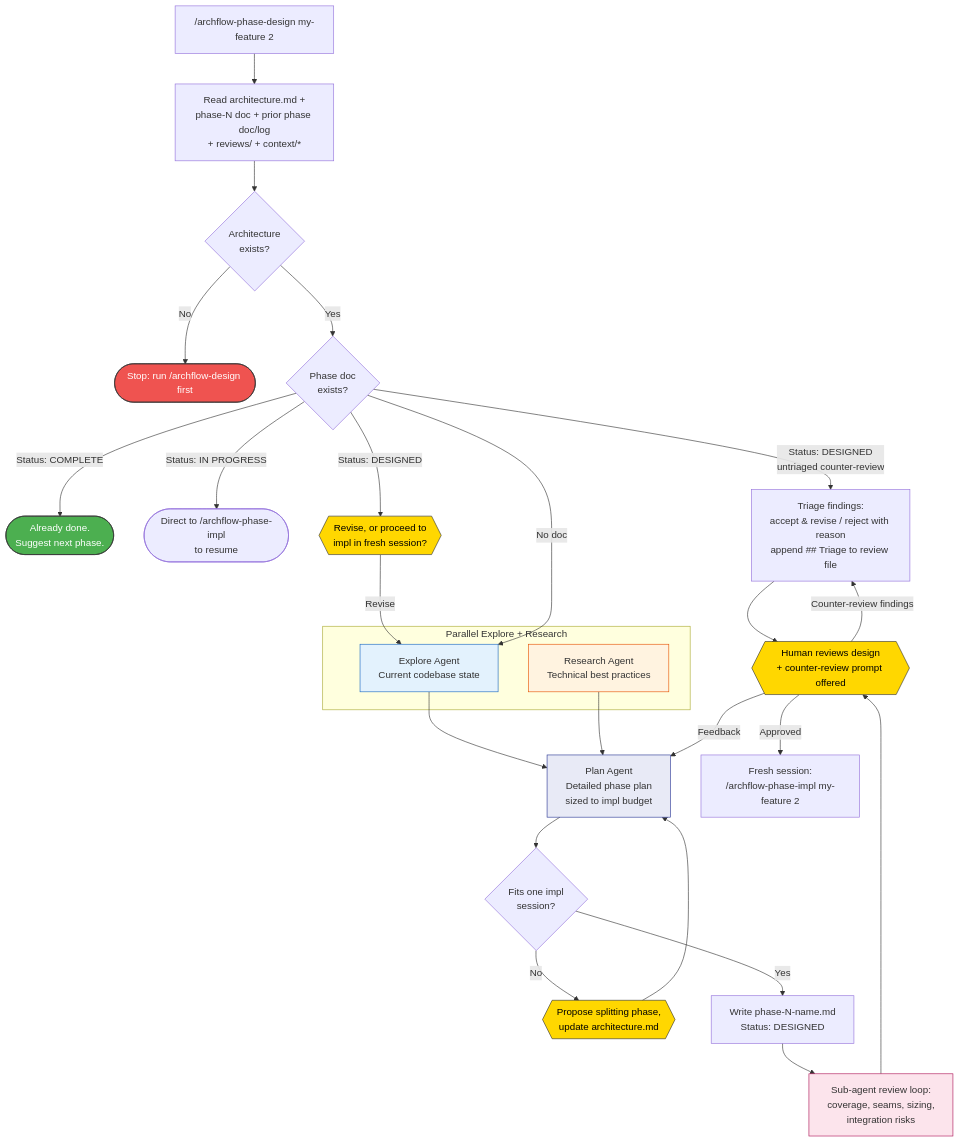
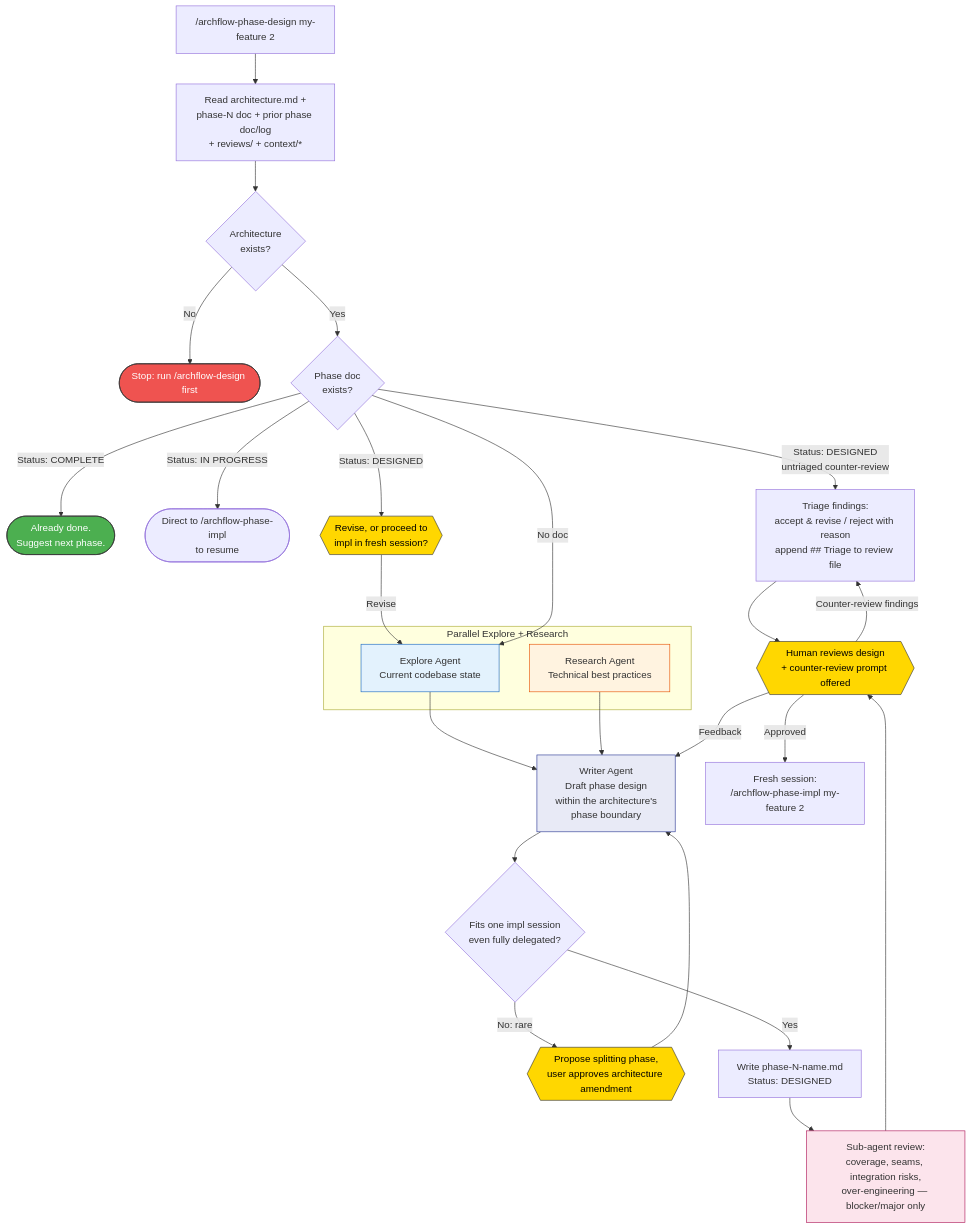
One commit to Aroton/ArchflowV2 changed the seventh of 13 diagrams in docs/archflow-process.md. Above: the diagram before and after it, drawn with Mermaid. The commit also changed other lines of this file and 8 other files, not shown here.

````diff
--- a/docs/archflow-process.md
+++ b/docs/archflow-process.md
@@ -263,44 +267,44 @@
 ```mermaid
 flowchart TD
     PD0["/archflow-phase-design my-feature 2"] --> PD_read[Read architecture.md +<br/>phase-N doc + prior phase doc/log<br/>+ reviews/ + context/*]
     PD_read --> PD_check{Architecture<br/>exists?}
     PD_check -->|No| PD_stop([Stop: run /archflow-design first])
     PD_check -->|Yes| PD1{Phase doc<br/>exists?}
 
     PD1 -->|"Status: COMPLETE"| PD_done([Already done.<br/>Suggest next phase.])
     PD1 -->|"Status: IN PROGRESS"| PD_redirect([Direct to /archflow-phase-impl<br/>to resume])
     PD1 -->|"Status: DESIGNED<br/>untriaged counter-review"| PD_triage
     PD1 -->|"Status: DESIGNED"| PD_ask{{Revise, or proceed to<br/>impl in fresh session?}}
     PD_ask -->|Revise| PD2
     PD1 -->|No doc| PD2
 
     subgraph "Parallel Explore + Research"
         PD2[Explore Agent<br/>Current codebase state]
         PD3[Research Agent<br/>Technical best practices]
     end
 
     PD2 --> PD4
     PD3 --> PD4
 
-    PD4[Plan Agent<br/>Detailed phase plan<br/>sized to impl budget] --> PD_size{Fits one impl<br/>session?}
-    PD_size -->|No| PD_split{{Propose splitting phase,<br/>update architecture.md}}
+    PD4[Writer Agent<br/>Draft phase design<br/>within the architecture's<br/>phase boundary] --> PD_size{Fits one impl session<br/>even fully delegated?}
+    PD_size -->|No: rare| PD_split{{Propose splitting phase,<br/>user approves architecture amendment}}
     PD_split --> PD4
     PD_size -->|Yes| PD5[Write phase-N-name.md<br/>Status: DESIGNED]
 
-    PD5 --> PD5a[Sub-agent review loop:<br/>coverage, seams, sizing,<br/>integration risks]
+    PD5 --> PD5a[Sub-agent review:<br/>coverage, seams, integration risks,<br/>over-engineering — blocker/major only]
     PD5a --> PD6{{Human reviews design<br/>+ counter-review prompt offered}}
     PD6 -->|Feedback| PD4
     PD6 -->|Counter-review findings| PD_triage[Triage findings:<br/>accept & revise / reject with reason<br/>append ## Triage to review file]
     PD_triage --> PD6
     PD6 -->|Approved| PD_next["Fresh session:<br/>/archflow-phase-impl my-feature 2"]
 
     style PD2 fill:#e3f2fd,stroke:#1565c0
     style PD3 fill:#fff3e0,stroke:#e65100
     style PD4 fill:#e8eaf6,stroke:#283593
     style PD5a fill:#fce4ec,stroke:#ad1457
     style PD6 fill:#ffd700,stroke:#333,color:#000
     style PD_ask fill:#ffd700,stroke:#333,color:#000
     style PD_split fill:#ffd700,stroke:#333,color:#000
     style PD_stop fill:#ef5350,stroke:#333,color:#fff
     style PD_done fill:#4CAF50,stroke:#333,color:#fff
 ```
````
